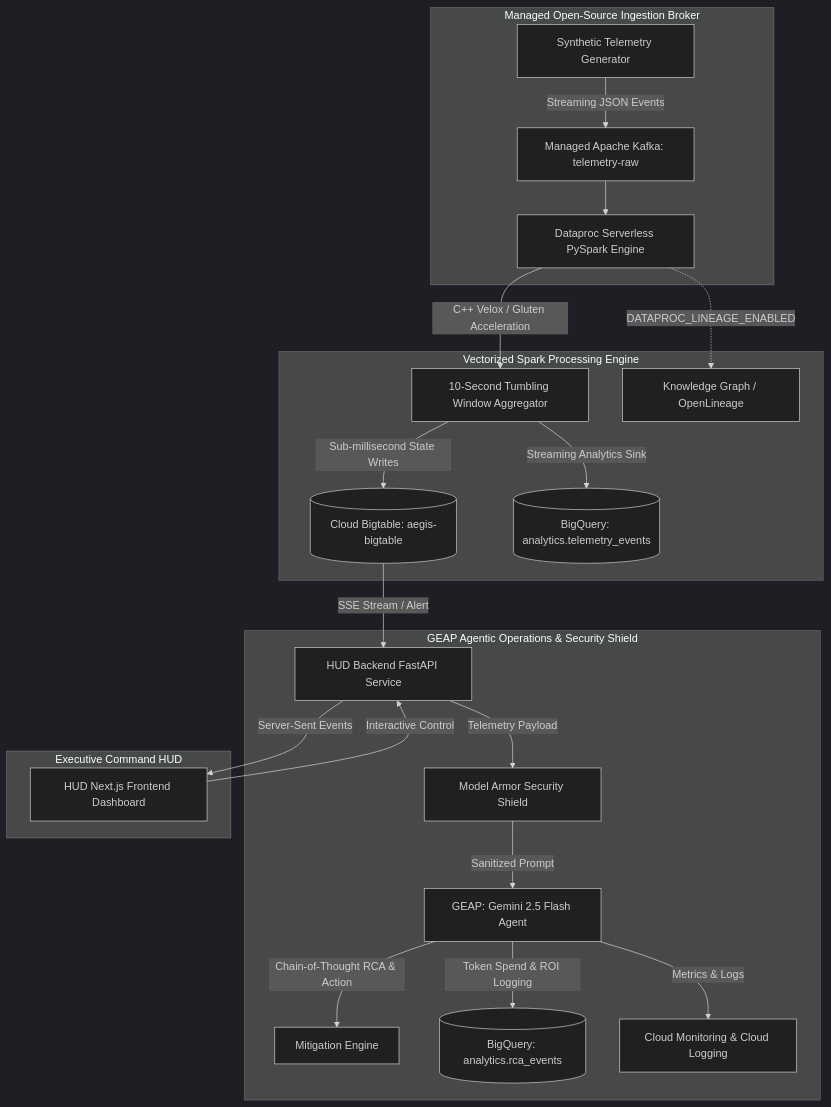
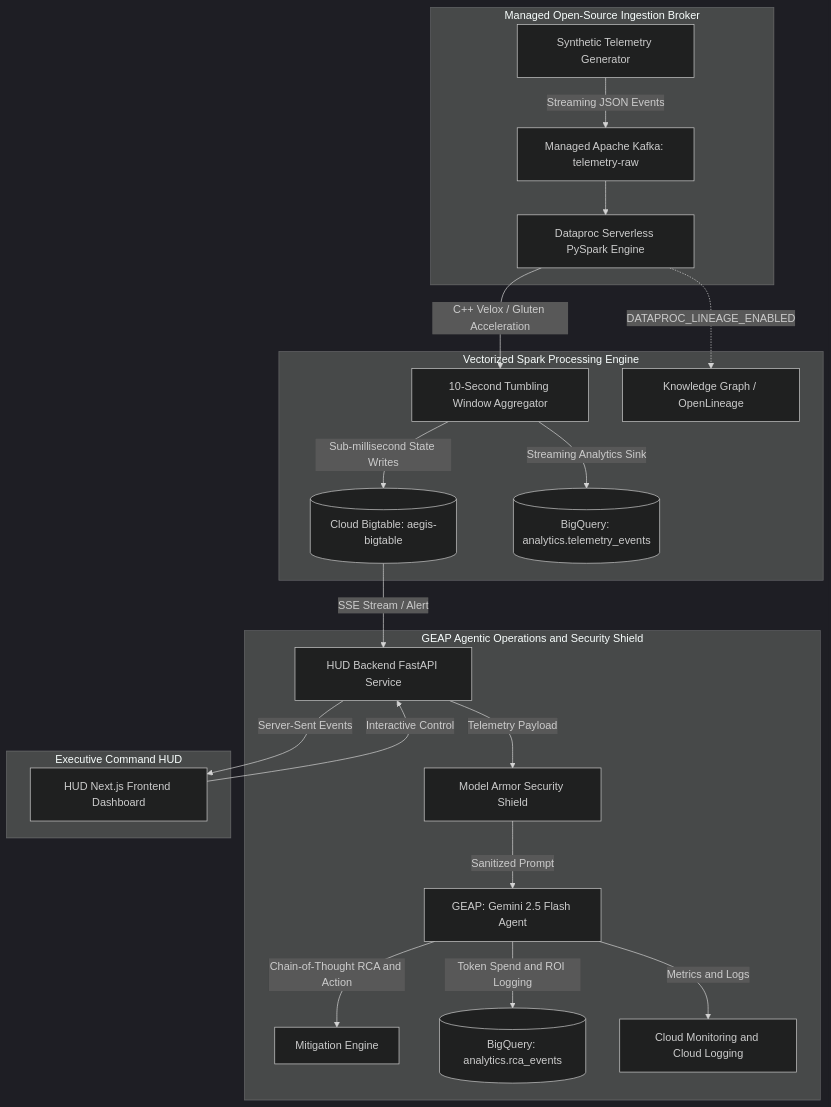
One commit to GoogleCloudPlatform/cloud-solutions changed the diagram in projects/aegis-streaming-demo/README.md. Above: the diagram before and after it, drawn with Mermaid (dark theme). The commit also changed other lines of this file and 177 other files, not shown here.

````diff
--- a/projects/aegis-streaming-demo/README.md
+++ b/projects/aegis-streaming-demo/README.md
@@ -30,28 +26,28 @@
 ```mermaid
 flowchart TD
     subgraph Ingestion ["Managed Open-Source Ingestion Broker"]
         A[Synthetic Telemetry Generator] -->|Streaming JSON Events| B[Managed Apache Kafka: telemetry-raw]
         B --> C[Dataproc Serverless PySpark Engine]
     end
 
     subgraph Processing ["Vectorized Spark Processing Engine"]
         C -->|C++ Velox / Gluten Acceleration| D[10-Second Tumbling Window Aggregator]
         D -->|Sub-millisecond State Writes| E[(Cloud Bigtable: aegis-bigtable)]
         D -->|Streaming Analytics Sink| F[(BigQuery: analytics.telemetry_events)]
         C -.->|DATAPROC_LINEAGE_ENABLED| G[Knowledge Graph / OpenLineage]
     end
 
-    subgraph Agentic ["GEAP Agentic Operations & Security Shield"]
+    subgraph Agentic ["GEAP Agentic Operations and Security Shield"]
         E -->|SSE Stream / Alert| H[HUD Backend FastAPI Service]
         H -->|Telemetry Payload| I[Model Armor Security Shield]
         I -->|Sanitized Prompt| J[GEAP: Gemini 2.5 Flash Agent]
-        J -->|Chain-of-Thought RCA & Action| K[Mitigation Engine]
-        J -->|Token Spend & ROI Logging| L[(BigQuery: analytics.rca_events)]
-        J -->|Metrics & Logs| M[Cloud Monitoring & Cloud Logging]
+        J -->|Chain-of-Thought RCA and Action| K[Mitigation Engine]
+        J -->|Token Spend and ROI Logging| L[(BigQuery: analytics.rca_events)]
+        J -->|Metrics and Logs| M[Cloud Monitoring and Cloud Logging]
     end
 
     subgraph Dashboard ["Executive Command HUD"]
         H -->|Server-Sent Events| N[HUD Next.js Frontend Dashboard]
         N -->|Interactive Control| H
     end
 ```
````
